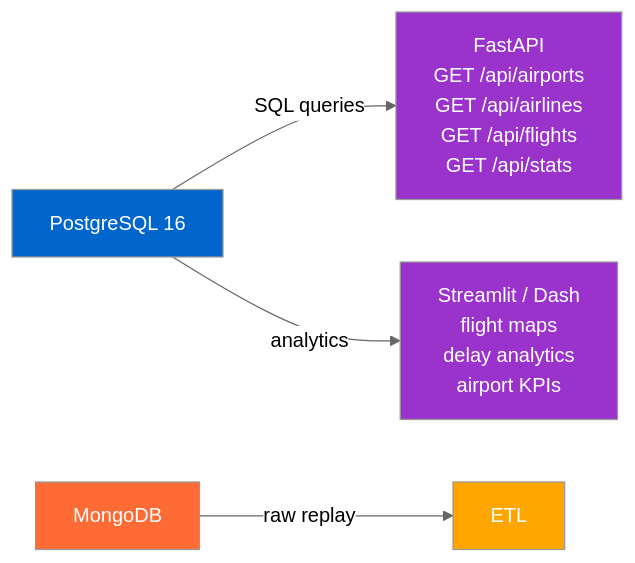
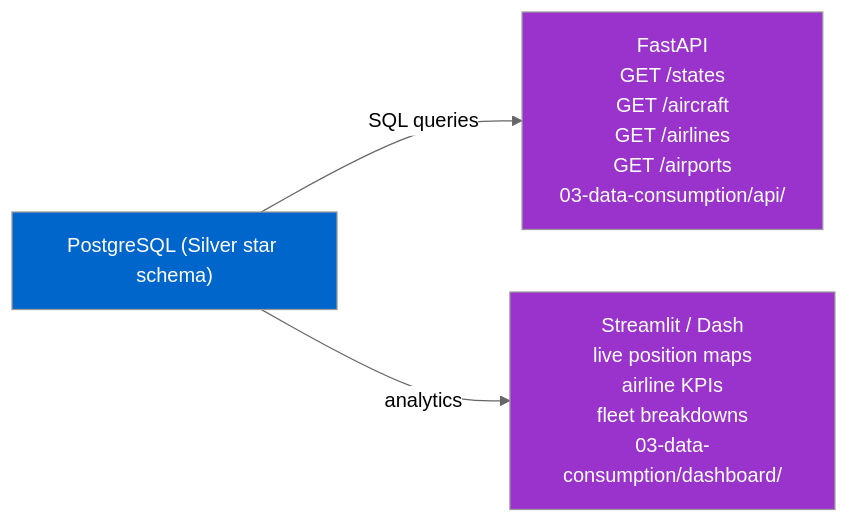
The third of 6 diagrams in docs/architecture/README.md (MatthiasSails/airline-data-platform), drawn with Mermaid (neutral theme) before and after one commit. The commit also changed other lines of this file, not shown here.

First line of the commit message:
docs(architecture): refresh phase diagrams to OpenSky-States medallion model

````diff
--- a/docs/architecture/README.md
+++ b/docs/architecture/README.md
@@ -89,15 +102,11 @@
 ```mermaid
 graph LR
-    PG["PostgreSQL 16"]
-    MDB["MongoDB"]
+    PG["PostgreSQL (Silver star schema)"]
 
-    PG -->|SQL queries| API["FastAPI<br/>GET /api/airports<br/>GET /api/airlines<br/>GET /api/flights<br/>GET /api/stats"]
-    PG -->|analytics| DASH["Streamlit / Dash<br/>flight maps<br/>delay analytics<br/>airport KPIs"]
-    MDB -->|raw replay| ETL["ETL"]
+    PG -->|SQL queries| API["FastAPI<br/>GET /states<br/>GET /aircraft<br/>GET /airlines<br/>GET /airports<br/>03-data-consumption/api/"]
+    PG -->|analytics| DASH["Streamlit / Dash<br/>live position maps<br/>airline KPIs<br/>fleet breakdowns<br/>03-data-consumption/dashboard/"]
 
     style PG fill:#0066CC,color:#fff
-    style MDB fill:#FF6B35,color:#fff
-    style ETL fill:#FFA500,color:#fff
     style API fill:#9933CC,color:#fff
     style DASH fill:#9933CC,color:#fff
 ```
````
